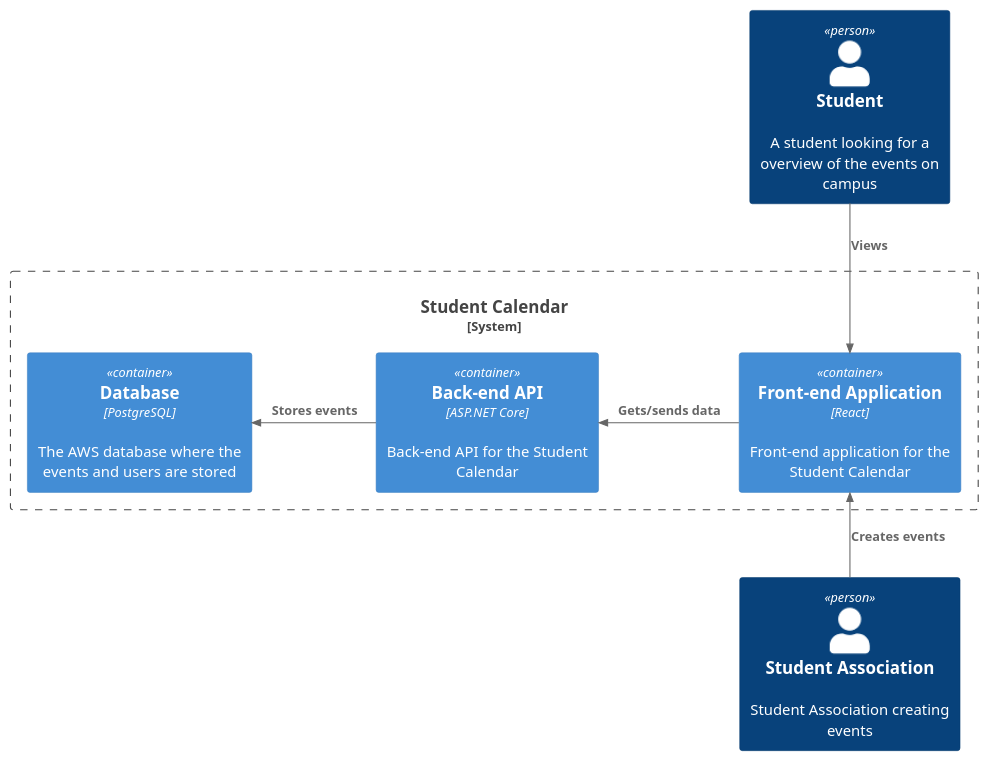
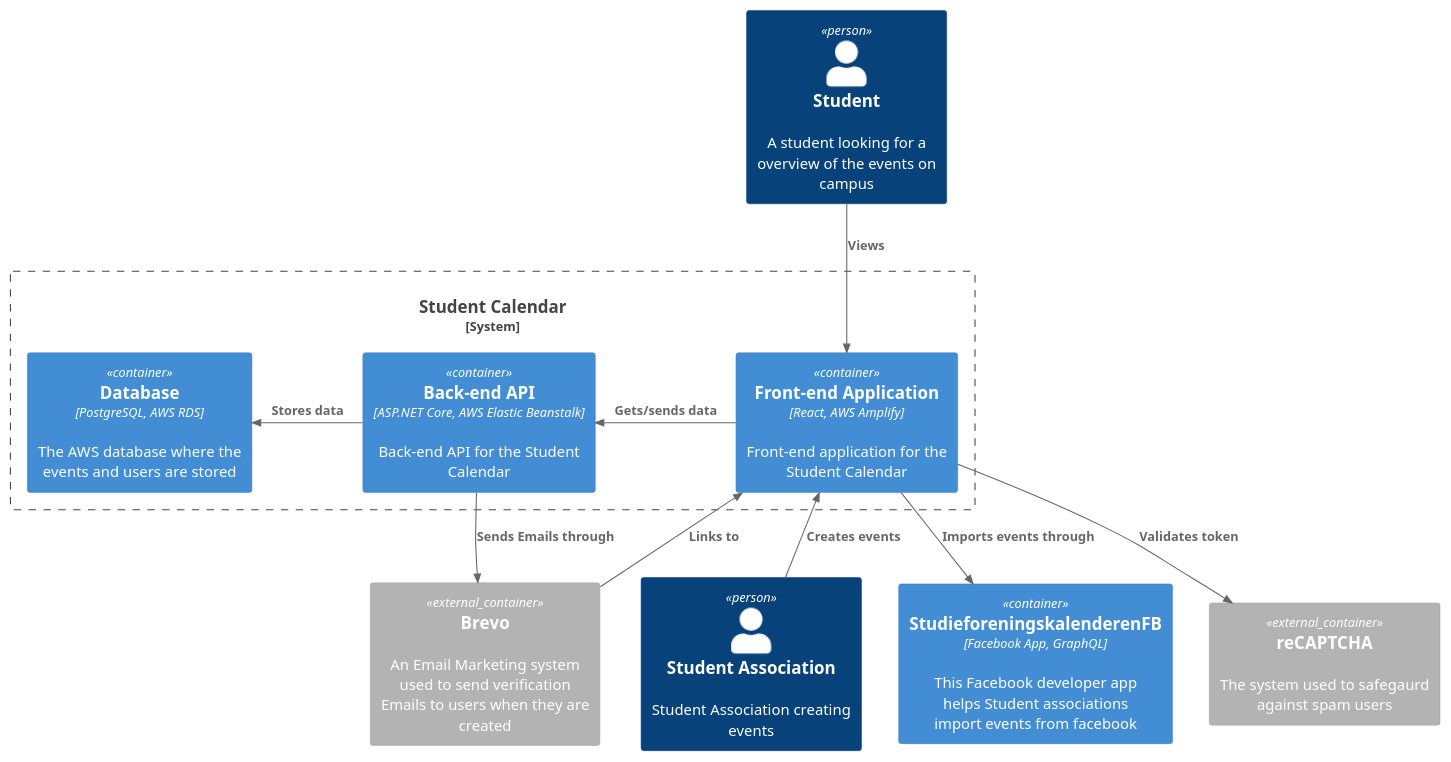
Before and after one commit to oscarboe/Studieforeningskalender_Front_end: the diagram in C4_C2.puml, drawn with PlantUML. The commit also changed 3 other files, not shown here.

```diff
--- a/C4_C2.puml
+++ b/C4_C2.puml
@@ -1,18 +1,26 @@
 @startuml C4_Elements
 !include https://raw.githubusercontent.com/plantuml-stdlib/C4-PlantUML/master/C4_Container.puml
 
 Person(stud, "Student", "A student looking for a overview of the events on campus")
 Person(asso, "Student Association", "Student Association creating events")
+Container(facebook, "StudieforeningskalenderenFB", "Facebook App, GraphQL", "This Facebook developer app helps Student associations import events from facebook")
+Container_Ext(brevo, "Brevo", "", "An Email Marketing system used to send verification Emails to users when they are created")
+Container_Ext(recap, "reCAPTCHA", "", "The system used to safegaurd against spam users")
 
 System_Boundary(cal, "Student Calendar") {
-    Container(fr, "Front-end Application", "React", "Front-end application for the Student Calendar")
-    Container(be, "Back-end API", "ASP.NET Core", "Back-end API for the Student Calendar")
-    Container(db, "Database", "PostgreSQL", "The AWS database where the events and users are stored")
+    Container(fr, "Front-end Application", "React, AWS Amplify", "Front-end application for the Student Calendar")
+    Container(be, "Back-end API", "ASP.NET Core, AWS Elastic Beanstalk", "Back-end API for the Student Calendar")
+    Container(db, "Database", "PostgreSQL, AWS RDS", "The AWS database where the events and users are stored")
 }
 
 Rel_D(stud, fr, "Views")
 Rel_U(asso, fr, "Creates events")
-Rel_L(be, db, "Stores events")
+Rel_L(be, db, "Stores data")
 Rel_L(fr, be, "Gets/sends data")
+Rel(fr,recap,"Validates token")
+Rel(be,brevo,"Sends Emails through")
+Rel(brevo,fr,"Links to")
+Rel(fr,facebook,"Imports events through")
+
 
 @enduml
```
